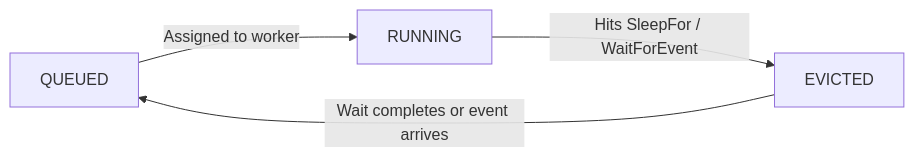
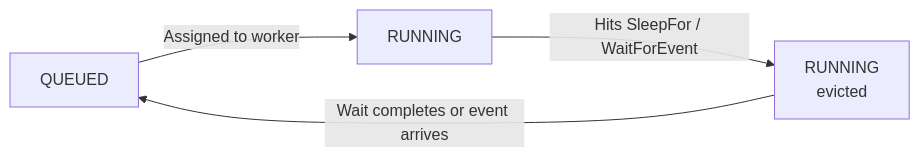
The first of 2 diagrams in frontend/docs/pages/v1/task-eviction.mdx (hatchet-dev/hatchet), drawn with Mermaid before and after one commit. The commit also changed other lines of this file and 13 other files, not shown here.

````diff
--- a/frontend/docs/pages/v1/task-eviction.mdx
+++ b/frontend/docs/pages/v1/task-eviction.mdx
@@ -19,6 +19,6 @@
 ```mermaid
 graph LR
     QUEUED -->|Assigned to worker| RUNNING
-    RUNNING -->|Hits SleepFor / WaitForEvent| EVICTED
+    RUNNING -->|Hits SleepFor / WaitForEvent| EVICTED[RUNNING<br/>evicted]
     EVICTED -->|Wait completes or event arrives| QUEUED
 ```
````
